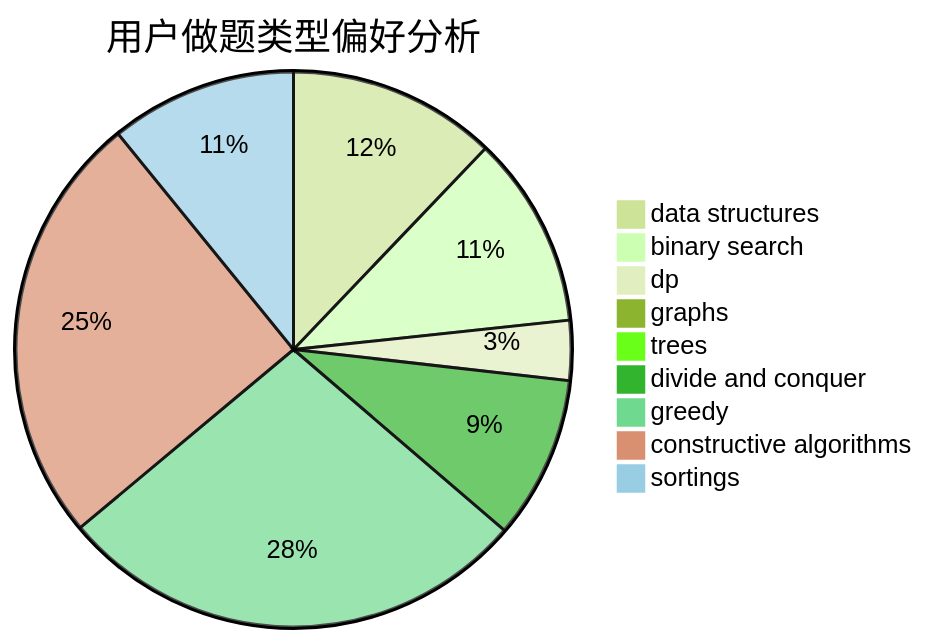
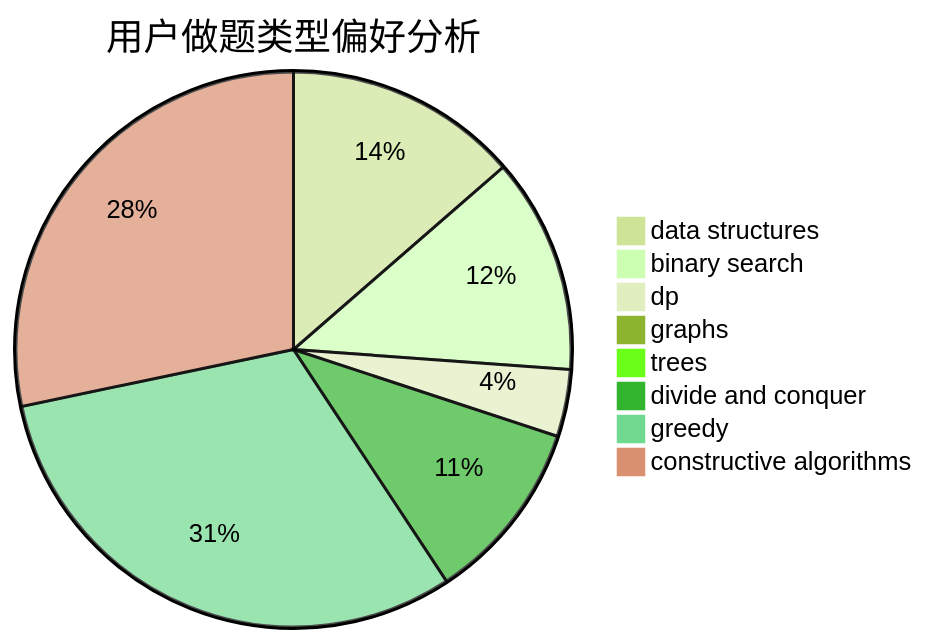
One commit to sherpahu/cfrs.github.io changed the second of 3 diagrams in docs/user/u472.md. Above: the diagram before and after it, drawn with Mermaid (forest theme). The commit also changed other lines of this file and 2769 other files, not shown here.

````diff
--- a/docs/user/u472.md
+++ b/docs/user/u472.md
@@ -18,12 +18,11 @@
 ```mermaid
 pie title 用户做题类型偏好分析
     "data structures" :  115
     "binary search" :  106
     "dp" :  33
     "graphs" :  0
     "trees" :  4
     "divide and conquer" :  90
     "greedy" :  262
     "constructive algorithms" :  239
-    "sortings" :  103
 ```
````
